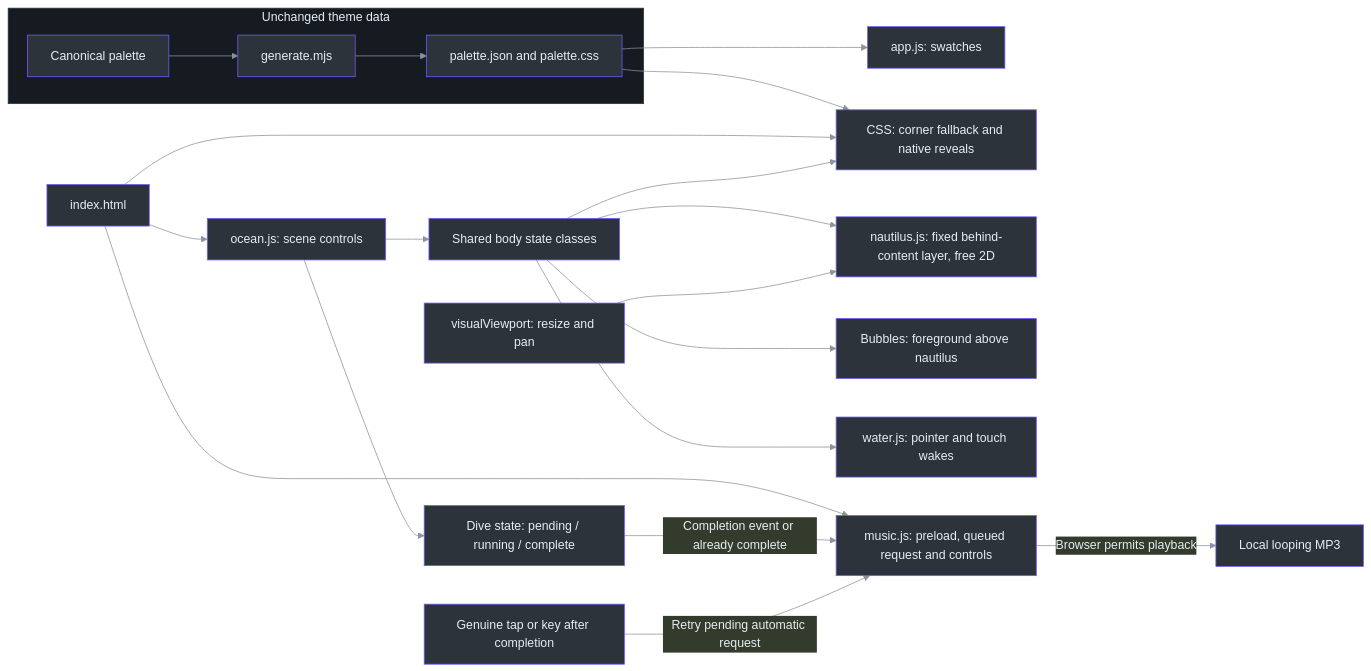
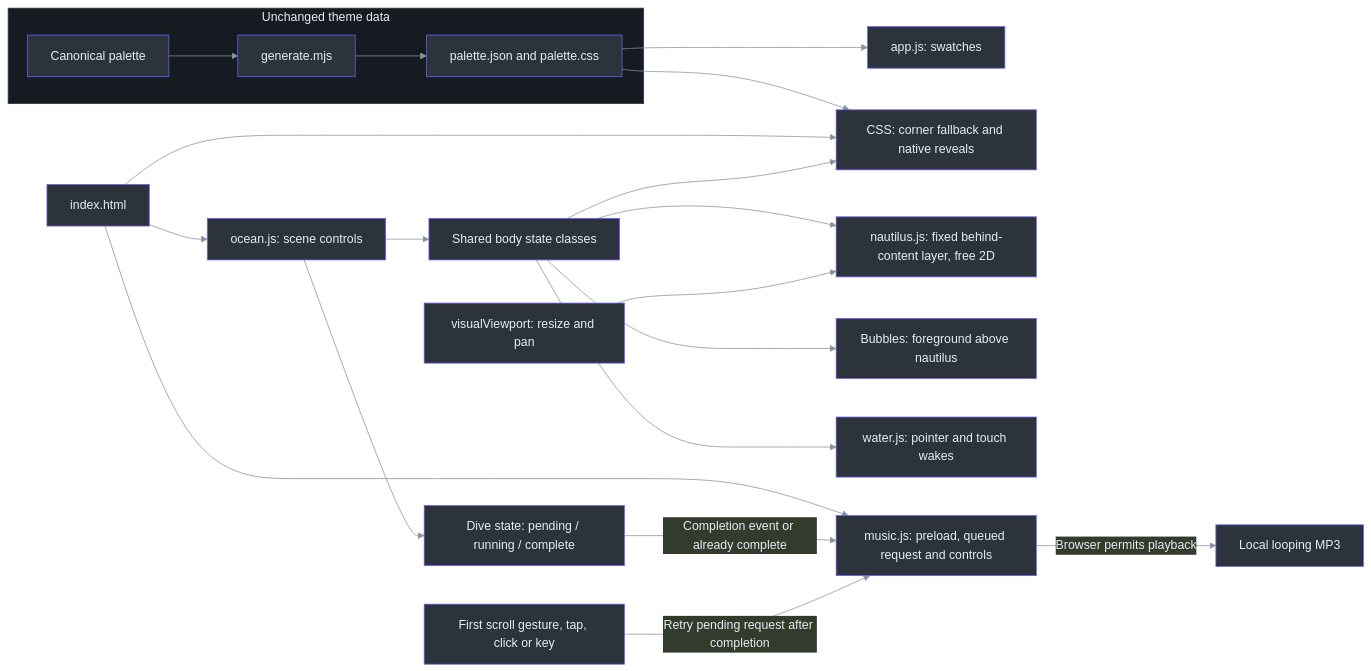
Before and after one commit to Zanark/DeepSeaFoam: the first of 2 diagrams in docs/SHOWCASE.md, drawn with Mermaid. The commit also changed other lines of this file and 78 other files, not shown here.

````diff
--- a/docs/SHOWCASE.md
+++ b/docs/SHOWCASE.md
@@ -25,39 +25,39 @@
 ```mermaid
 ---
 config:
   theme: base
   themeVariables:
     background: "#161b22"
     primaryColor: "#2d333b"
     primaryBorderColor: "#6d5dfc"
     primaryTextColor: "#e6edf3"
     lineColor: "#8b949e"
     clusterBkg: "#161b22"
     clusterBorder: "#30363d"
 ---
 flowchart LR
   accTitle: Showcase architecture and palette boundary
   accDescr: Generated palette assets feed swatches and CSS. Ocean state coordinates scenery and signals dive completion. Music preloads during the intro, starts after completion if allowed, and retries a blocked automatic request on genuine interaction. CSS and a direct audio link provide no-JavaScript fallbacks.
   subgraph Data["Unchanged theme data"]
     P["Canonical palette"] --> G["generate.mjs"]
     G --> A["palette.json and palette.css"]
   end
   A --> S["app.js: swatches"]
   A --> C["CSS: corner fallback and native reveals"]
   H["index.html"] --> C
   H --> O["ocean.js: scene controls"]
   O --> B["Shared body state classes"]
   B --> C
   B --> N["nautilus.js: fixed behind-content layer, free 2D"]
   V["visualViewport: resize and pan"] --> N
   B --> K["Bubbles: foreground above nautilus"]
   B --> W["water.js: pointer and touch wakes"]
   H --> M["music.js: preload, queued request and controls"]
   O --> D["Dive state: pending / running / complete"]
   D -->|Completion event or already complete| M
-  I["Genuine tap or key after completion"] -->|Retry pending automatic request| M
+  I["First scroll gesture, tap, click or key"] -->|Retry pending request after completion| M
   M -->|Browser permits playback| T["Local looping MP3"]
   classDef default fill:#2d333b,stroke:#6d5dfc,color:#e6edf3
   style Data fill:#161b22,stroke:#30363d,color:#e6edf3
   linkStyle default stroke:#8b949e
 ```
````
